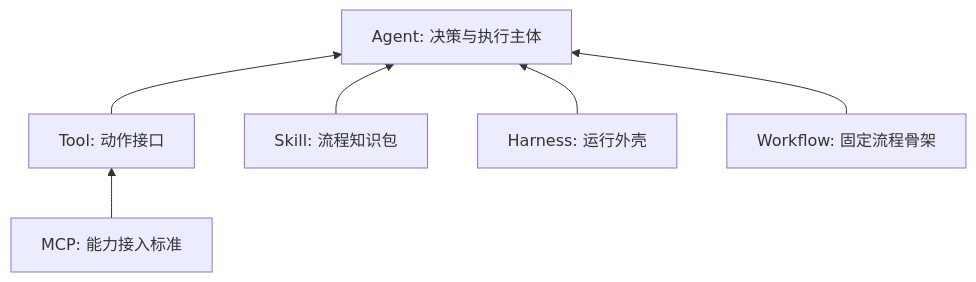
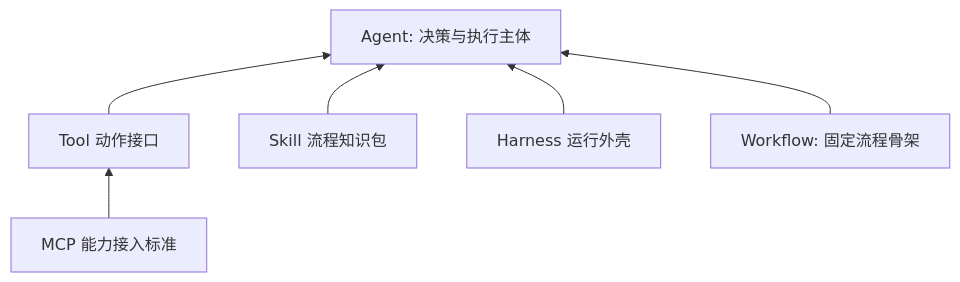
One commit to xiaoqianbaobao/ai-guide changed the second of 2 diagrams in docs/04-multi-agent/system-relations.md. Above: the diagram before and after it, drawn with Mermaid. The commit also changed other lines of this file and 14 other files, not shown here.

Commit message:
修复前端mermaid语法错误问题

````diff
--- a/docs/04-multi-agent/system-relations.md
+++ b/docs/04-multi-agent/system-relations.md
@@ -194,15 +194,15 @@
 ```mermaid
 flowchart BT
-    A[MCP: 能力接入标准]
-    B[Tool: 动作接口]
-    C[Skill: 流程知识包]
-    D[Harness: 运行外壳]
+    A[MCP 能力接入标准]
+    B[Tool 动作接口]
+    C[Skill 流程知识包]
+    D[Harness 运行外壳]
     E[Workflow: 固定流程骨架]
     F[Agent: 决策与执行主体]
 
     A --> B
     B --> F
     C --> F
     D --> F
     E --> F
 ```
````
